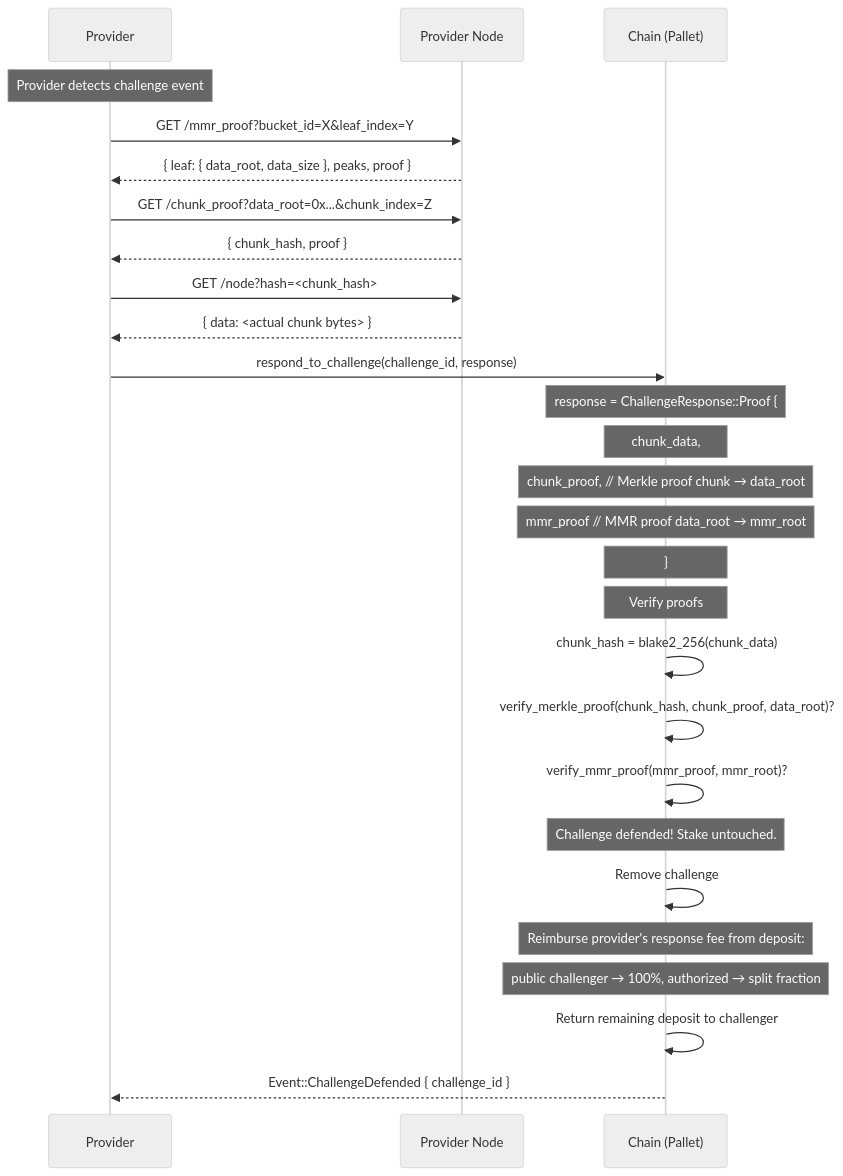
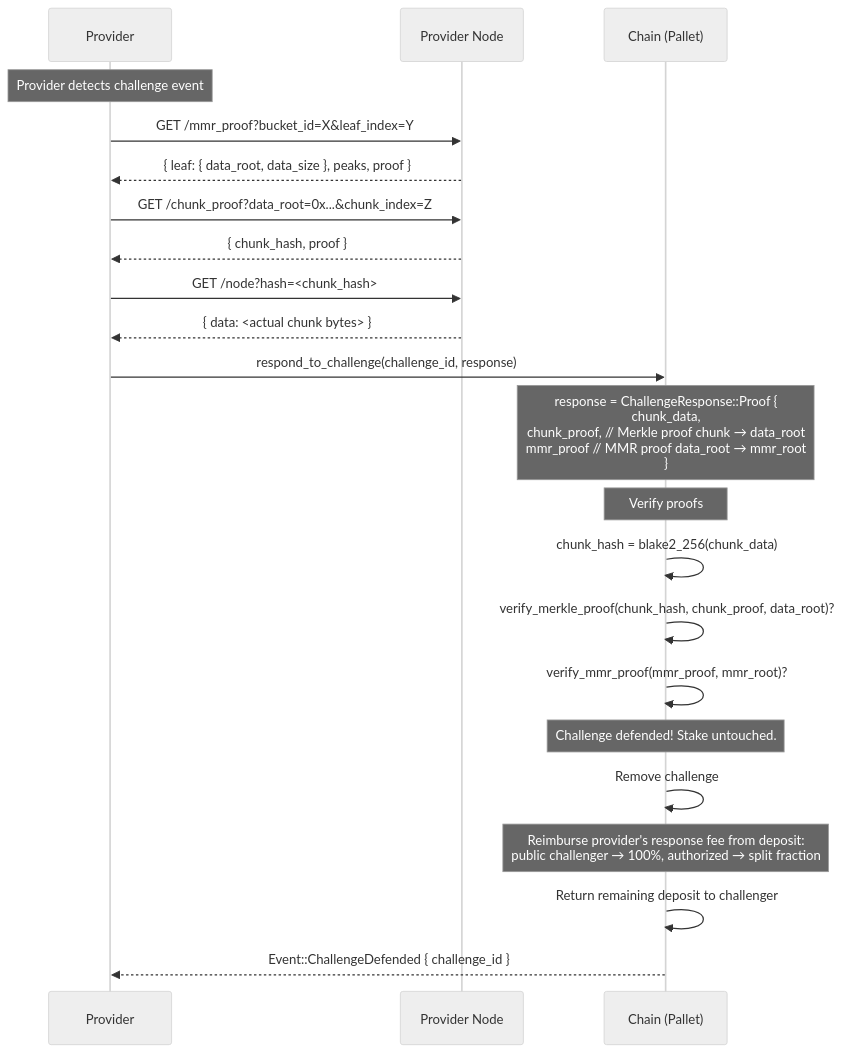
One commit to paritytech/web3-storage changed the tenth of 13 diagrams in docs/design/EXECUTION_FLOWS.md. Above: the diagram before and after it, drawn with Mermaid (neutral theme). The commit also changed other lines of this file, not shown here.

First line of the commit message:
docs(EXECUTION_FLOWS): collapse multi-line sequence-diagram notes

````diff
--- a/docs/design/EXECUTION_FLOWS.md
+++ b/docs/design/EXECUTION_FLOWS.md
@@ -508,38 +460,33 @@
 ```mermaid
 sequenceDiagram
     participant P as Provider
     participant PN as Provider Node
     participant C as Chain (Pallet)
 
     Note over P: Provider detects challenge event
 
     P->>PN: GET /mmr_proof?bucket_id=X&leaf_index=Y
     PN-->>P: { leaf: { data_root, data_size }, peaks, proof }
 
     P->>PN: GET /chunk_proof?data_root=0x...&chunk_index=Z
     PN-->>P: { chunk_hash, proof }
 
     P->>PN: GET /node?hash=<chunk_hash>
     PN-->>P: { data: <actual chunk bytes> }
 
     P->>C: respond_to_challenge(challenge_id, response)
 
-    Note over C: response = ChallengeResponse::Proof {
-    Note over C:   chunk_data,
-    Note over C:   chunk_proof,  // Merkle proof chunk → data_root
-    Note over C:   mmr_proof     // MMR proof data_root → mmr_root
-    Note over C: }
+    Note over C: response = ChallengeResponse::Proof {<br/> chunk_data,<br/> chunk_proof, // Merkle proof chunk → data_root<br/> mmr_proof // MMR proof data_root → mmr_root<br/>}
 
     Note over C: Verify proofs
     C->>C: chunk_hash = blake2_256(chunk_data)
     C->>C: verify_merkle_proof(chunk_hash, chunk_proof, data_root)?
     C->>C: verify_mmr_proof(mmr_proof, mmr_root)?
 
     Note over C: Challenge defended! Stake untouched.
     C->>C: Remove challenge
-    Note over C: Reimburse provider's response fee from deposit:
-    Note over C:   public challenger → 100%, authorized → split fraction
+    Note over C: Reimburse provider's response fee from deposit:<br/>public challenger → 100%, authorized → split fraction
     C->>C: Return remaining deposit to challenger
 
     C-->>P: Event::ChallengeDefended { challenge_id }
 ```
````
